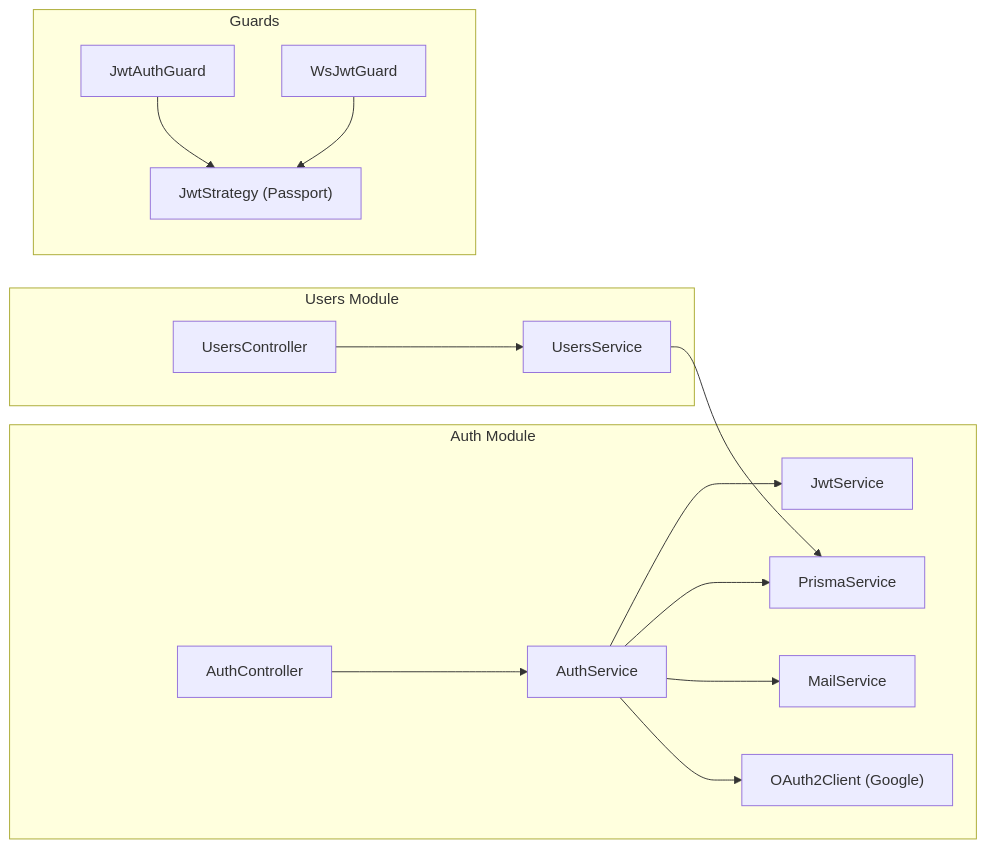
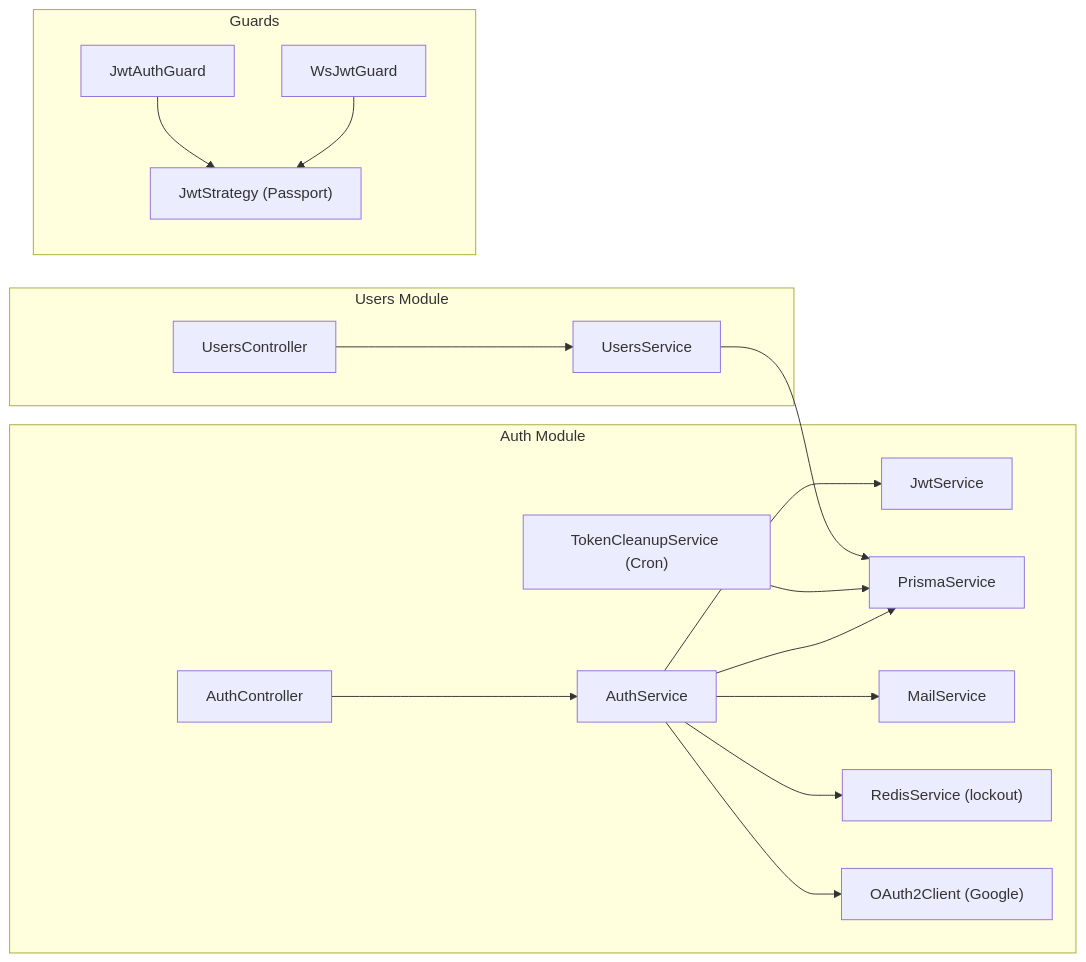
The first of 2 diagrams in AUDIT_AUTH.md (Mahmoud997s/SouqOne), drawn with Mermaid before and after one commit. The commit also changed other lines of this file and 9 other files, not shown here.

````diff
--- a/AUDIT_AUTH.md
+++ b/AUDIT_AUTH.md
@@ -9,18 +11,20 @@
 ```mermaid
 graph LR
     subgraph Auth["Auth Module"]
         AC["AuthController"] --> AS["AuthService"]
         AS --> JWT["JwtService"]
         AS --> Prisma["PrismaService"]
         AS --> Mail["MailService"]
+        AS --> Redis["RedisService (lockout)"]
         AS --> Google["OAuth2Client (Google)"]
+        TC["TokenCleanupService (Cron)"] --> Prisma
     end
     subgraph Users["Users Module"]
         UC["UsersController"] --> US["UsersService"]
         US --> Prisma
     end
     subgraph Guards
         JG["JwtAuthGuard"] --> JStrat["JwtStrategy (Passport)"]
         WG["WsJwtGuard"] --> JStrat
     end
 ```
````
